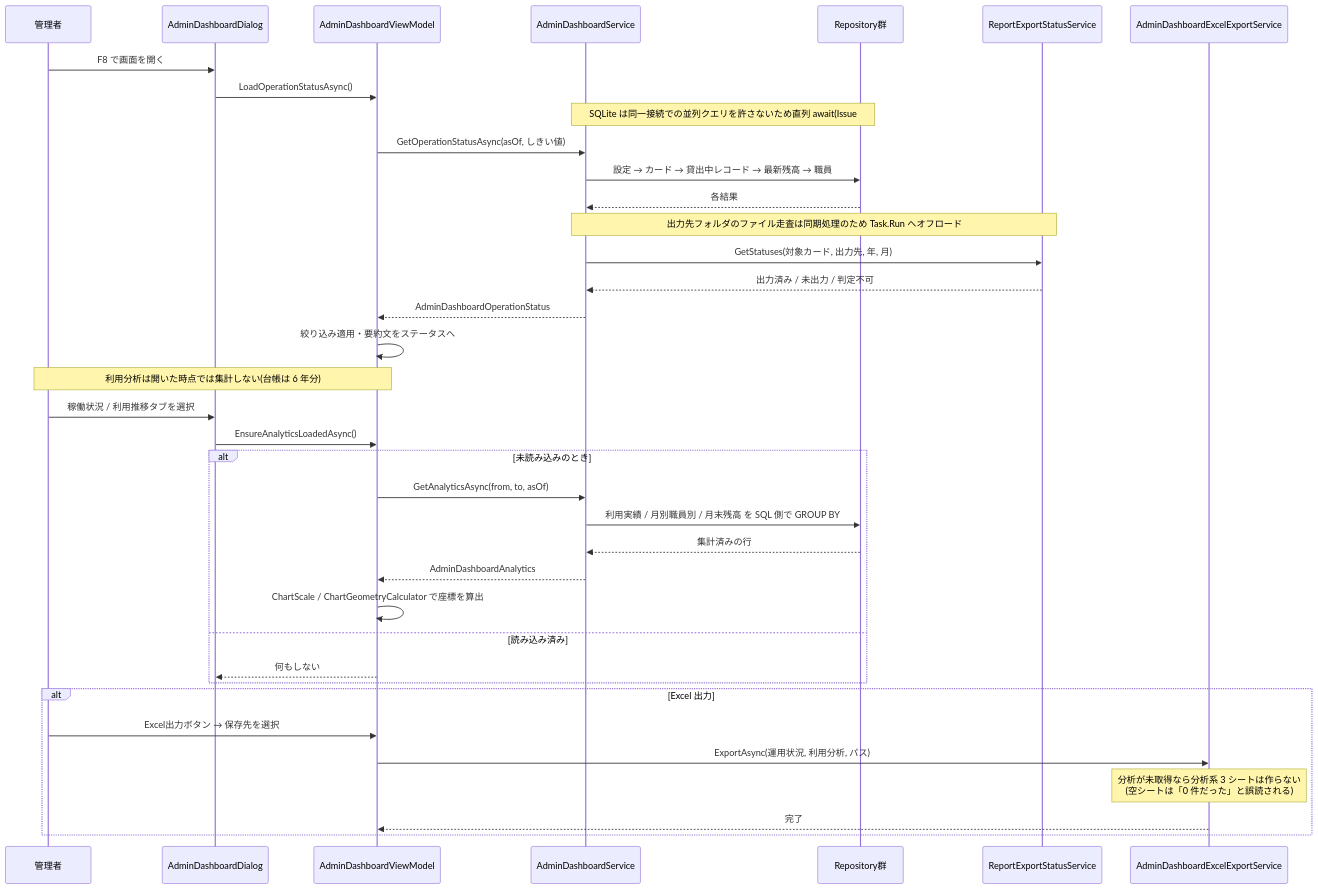
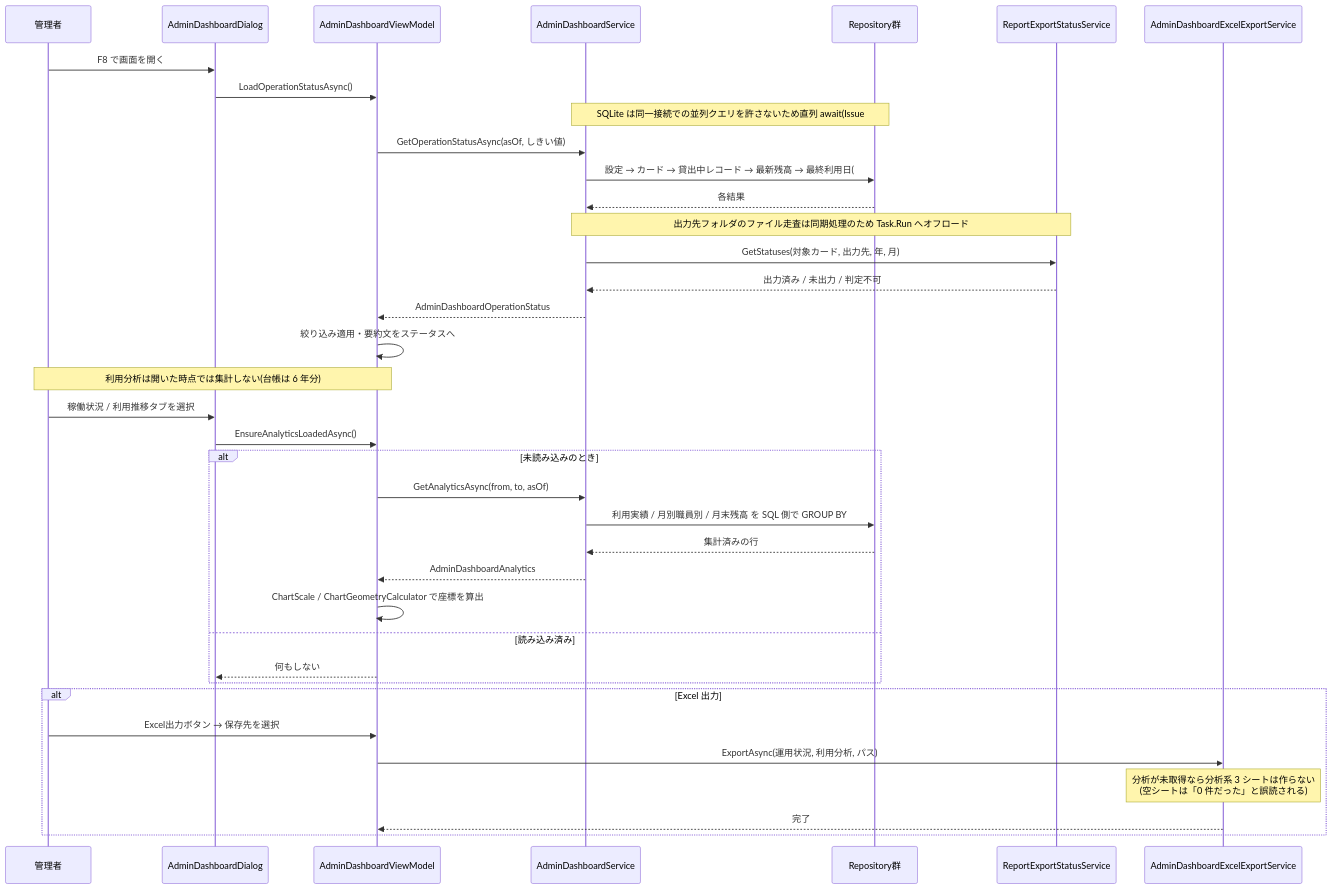
Before and after one commit to kuwayamamasayuki/ICCardManager: diagram 15 of 15 in ICCardManager/docs/design/06_シーケンス図.md, drawn with Mermaid. The commit also changed 13 other files, not shown here.

````diff
--- a/ICCardManager/docs/design/06_シーケンス図.md
+++ b/ICCardManager/docs/design/06_シーケンス図.md
@@ -855,44 +855,44 @@
 ```mermaid
 sequenceDiagram
     participant User as 管理者
     participant Dlg as AdminDashboardDialog
     participant VM as AdminDashboardViewModel
     participant Svc as AdminDashboardService
     participant Repo as Repository群
     participant RES as ReportExportStatusService
     participant Xls as AdminDashboardExcelExportService
 
     User->>Dlg: F8 で画面を開く
     Dlg->>VM: LoadOperationStatusAsync()
 
     Note over Svc,Repo: SQLite は同一接続での並列クエリを許さないため直列 await(Issue #1452)
     VM->>Svc: GetOperationStatusAsync(asOf, しきい値)
-    Svc->>Repo: 設定 → カード → 貸出中レコード → 最新残高 → 職員
+    Svc->>Repo: 設定 → カード → 貸出中レコード → 最新残高 → 最終利用日(#1747) → 職員
     Repo-->>Svc: 各結果
     Note over Svc,RES: 出力先フォルダのファイル走査は同期処理のため Task.Run へオフロード
     Svc->>RES: GetStatuses(対象カード, 出力先, 年, 月)
     RES-->>Svc: 出力済み / 未出力 / 判定不可
     Svc-->>VM: AdminDashboardOperationStatus
     VM->>VM: 絞り込み適用・要約文をステータスへ
 
     Note over User,VM: 利用分析は開いた時点では集計しない(台帳は 6 年分)
     User->>Dlg: 稼働状況 / 利用推移タブを選択
     Dlg->>VM: EnsureAnalyticsLoadedAsync()
 
     alt 未読み込みのとき
         VM->>Svc: GetAnalyticsAsync(from, to, asOf)
         Svc->>Repo: 利用実績 / 月別職員別 / 月末残高 を SQL 側で GROUP BY
         Repo-->>Svc: 集計済みの行
         Svc-->>VM: AdminDashboardAnalytics
         VM->>VM: ChartScale / ChartGeometryCalculator で座標を算出
     else 読み込み済み
         VM-->>Dlg: 何もしない
     end
 
     alt Excel 出力
         User->>VM: Excel出力ボタン → 保存先を選択
         VM->>Xls: ExportAsync(運用状況, 利用分析, パス)
         Note over Xls: 分析が未取得なら分析系 3 シートは作らない<br/>(空シートは「0 件だった」と誤読される)
         Xls-->>VM: 完了
     end
 ```
````
